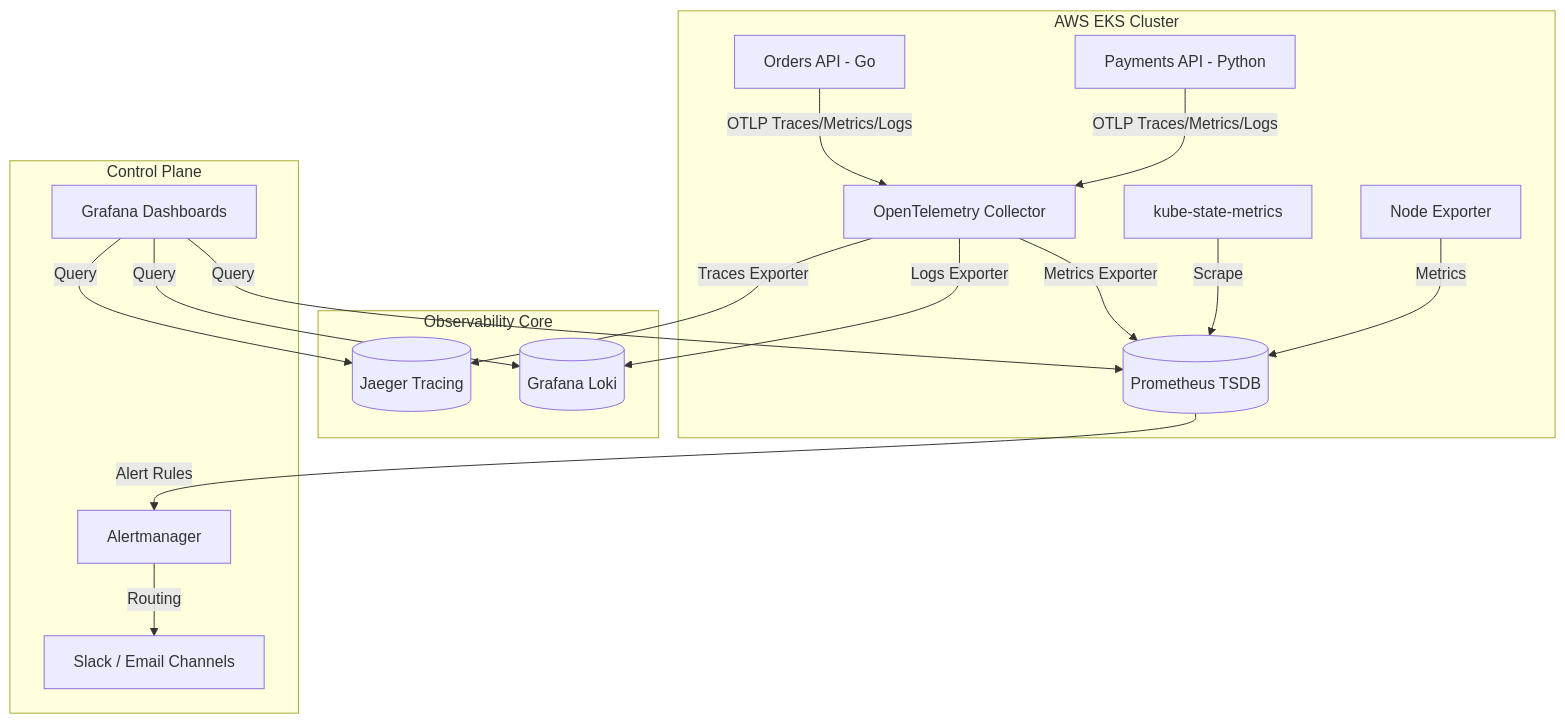
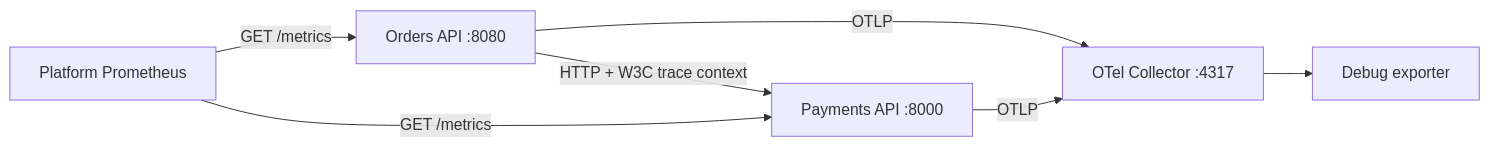
Before and after one commit to shashidhar-02/ReliabilityEngine-Observability-Suite: the diagram in README.md, drawn with Mermaid. The commit also changed other lines of this file and 23 other files, not shown here.

````diff
--- a/README.md
+++ b/README.md
@@ -11,23 +20,9 @@
 ```mermaid
-graph TD
-    subgraph Applications_Cluster [AWS EKS Cluster]
-        AppA[Orders API - Go] -->|OTLP Traces/Metrics/Logs| OTelCol[OpenTelemetry Collector]
-        AppB[Payments API - Python] -->|OTLP Traces/Metrics/Logs| OTelCol
-        KubeMetrics[kube-state-metrics] -->|Scrape| Prometheus
-        NodeExp[Node Exporter] -->|Metrics| Prometheus
-    end
-
-    subgraph Storage_Layer [Observability Core]
-        OTelCol -->|Metrics Exporter| Prometheus[(Prometheus TSDB)]
-        OTelCol -->|Logs Exporter| Loki[(Grafana Loki)]
-        OTelCol -->|Traces Exporter| Jaeger[(Jaeger Tracing)]
-    end
-
-    subgraph Visualization_Alerting [Control Plane]
-        Grafana[Grafana Dashboards] -->|Query| Prometheus
-        Grafana -->|Query| Loki
-        Grafana -->|Query| Jaeger
-        Prometheus -->|Alert Rules| Alertmanager[Alertmanager]
-        Alertmanager -->|Routing| Slack[Slack / Email Channels]
-    end
+flowchart LR
+  Orders[Orders API :8080] -->|HTTP + W3C trace context| Payments[Payments API :8000]
+  Orders -->|OTLP| Collector[OTel Collector :4317]
+  Payments -->|OTLP| Collector
+  Collector --> Debug[Debug exporter]
+  Prometheus[Platform Prometheus] -->|GET /metrics| Orders
+  Prometheus -->|GET /metrics| Payments
 ```
````
